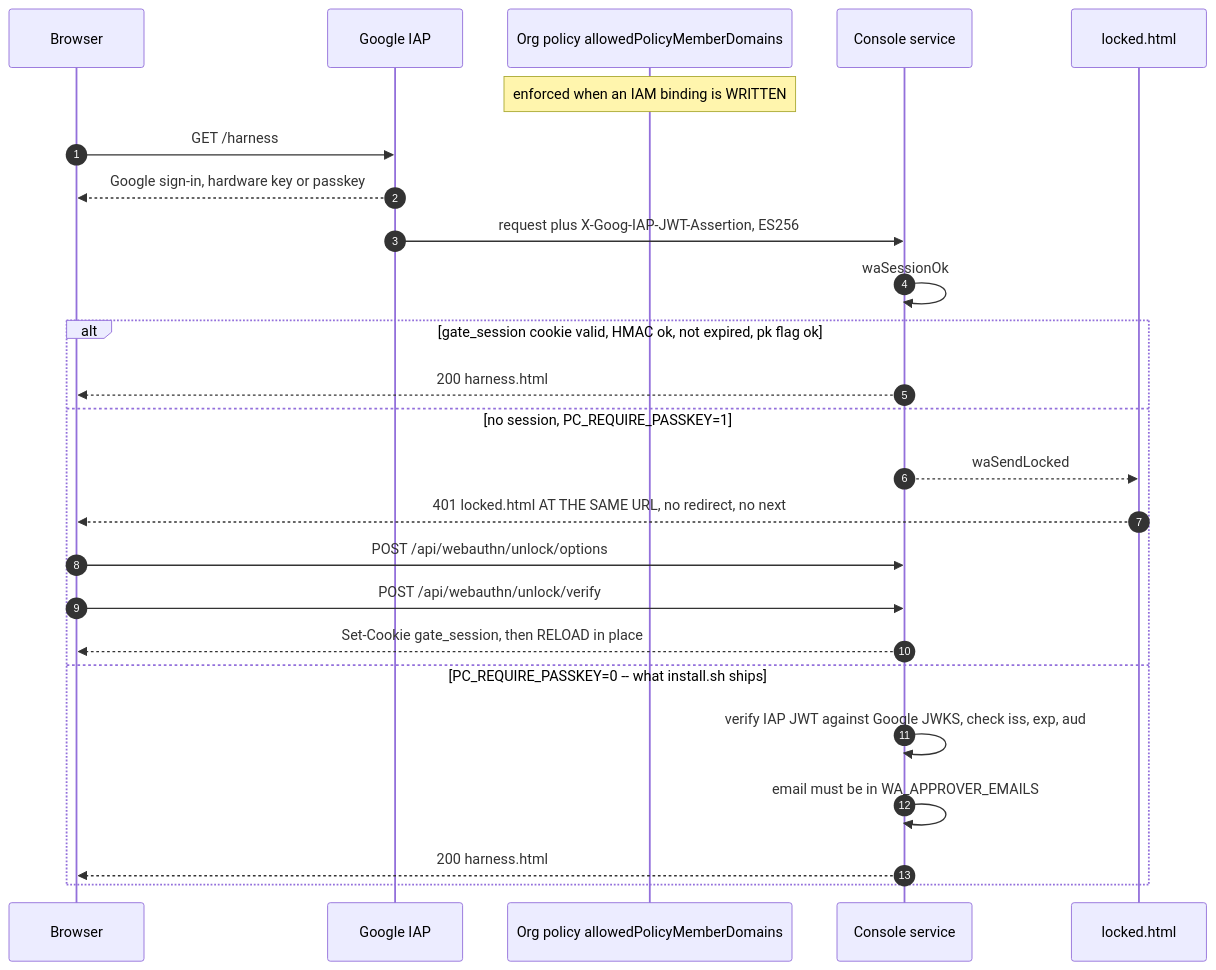
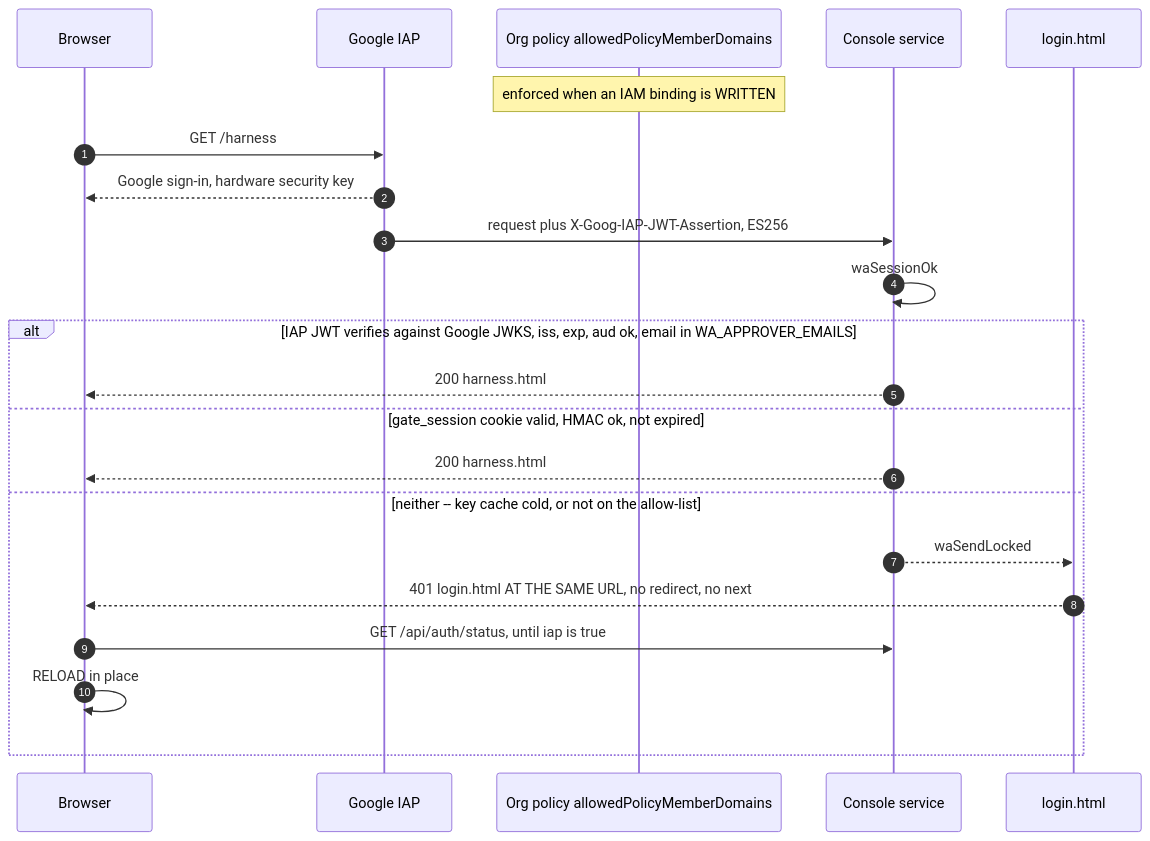
Before and after one commit to paracoding-ai/paracoding-oss: the second of 5 diagrams in wiki/pages/architecture.md, drawn with Mermaid. The commit also changed other lines of this file and 27 other files, not shown here.

````diff
--- a/wiki/pages/architecture.md
+++ b/wiki/pages/architecture.md
@@ -141,29 +141,26 @@
 ```mermaid
 sequenceDiagram
   autonumber
   participant B as Browser
   participant IAP as Google IAP
   participant ORG as Org policy allowedPolicyMemberDomains
   participant CP as Console service
-  participant L as locked.html
+  participant L as login.html
 
   Note over ORG: enforced when an IAM binding is WRITTEN
   B->>IAP: GET /harness
-  IAP-->>B: Google sign-in, hardware key or passkey
+  IAP-->>B: Google sign-in, hardware security key
   IAP->>CP: request plus X-Goog-IAP-JWT-Assertion, ES256
   CP->>CP: waSessionOk
 
-  alt gate_session cookie valid, HMAC ok, not expired, pk flag ok
+  alt IAP JWT verifies against Google JWKS, iss, exp, aud ok, email in WA_APPROVER_EMAILS
     CP-->>B: 200 harness.html
-  else no session, PC_REQUIRE_PASSKEY=1
+  else gate_session cookie valid, HMAC ok, not expired
+    CP-->>B: 200 harness.html
+  else neither -- key cache cold, or not on the allow-list
     CP-->>L: waSendLocked
-    L-->>B: 401 locked.html AT THE SAME URL, no redirect, no next
-    B->>CP: POST /api/webauthn/unlock/options
-    B->>CP: POST /api/webauthn/unlock/verify
-    CP-->>B: Set-Cookie gate_session, then RELOAD in place
-  else PC_REQUIRE_PASSKEY=0 -- what install.sh ships
-    CP->>CP: verify IAP JWT against Google JWKS, check iss, exp, aud
-    CP->>CP: email must be in WA_APPROVER_EMAILS
-    CP-->>B: 200 harness.html
+    L-->>B: 401 login.html AT THE SAME URL, no redirect, no next
+    B->>CP: GET /api/auth/status, until iap is true
+    B->>B: RELOAD in place
   end
 ```
````
